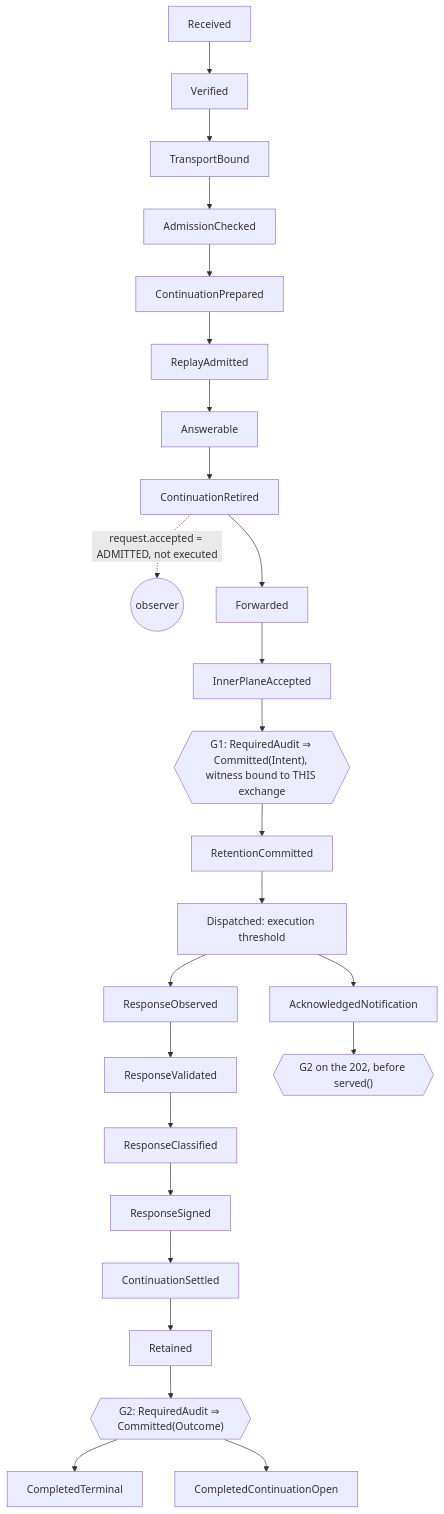
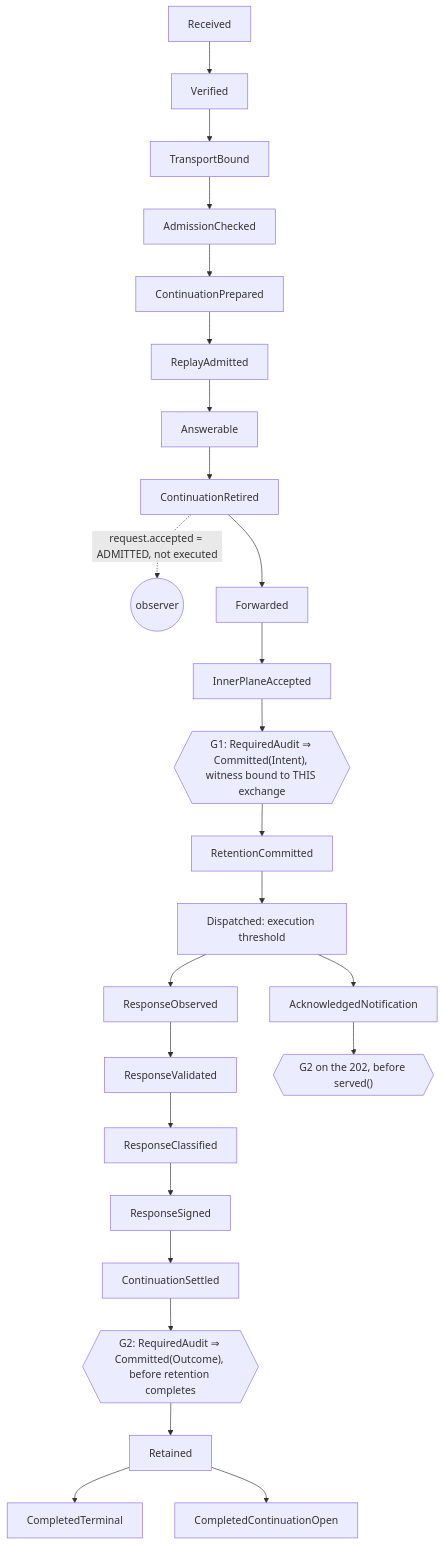
One commit to syncom-systems/mcp-re changed the first of 2 diagrams in docs/architecture/audit-commitment.md. Above: the diagram before and after it, drawn with Mermaid. The commit also changed other lines of this file and 1 other file, not shown here.

````diff
--- a/docs/architecture/audit-commitment.md
+++ b/docs/architecture/audit-commitment.md
@@ -122,16 +123,17 @@
 ```mermaid
 flowchart TD
     RCV[Received] --> VER[Verified] --> TB[TransportBound] --> AC[AdmissionChecked]
     AC --> CP[ContinuationPrepared] --> RA[ReplayAdmitted] --> ANS[Answerable] --> CR[ContinuationRetired]
     CR -. "request.accepted = ADMITTED, not executed" .-> OBS((observer))
     CR --> FW[Forwarded] --> IPA[InnerPlaneAccepted]
     IPA --> G1{{"G1: RequiredAudit ⇒ Committed(Intent), witness bound to THIS exchange"}}
     G1 --> RC[RetentionCommitted] --> D[Dispatched: execution threshold]
     D --> RO[ResponseObserved] --> RV[ResponseValidated] --> RCL[ResponseClassified]
-    RCL --> RS[ResponseSigned] --> CS[ContinuationSettled] --> RT[Retained]
-    RT --> G2{{"G2: RequiredAudit ⇒ Committed(Outcome)"}}
-    G2 --> CT[CompletedTerminal]
-    G2 --> CO[CompletedContinuationOpen]
+    RCL --> RS[ResponseSigned] --> CS[ContinuationSettled]
+    CS --> G2{{"G2: RequiredAudit ⇒ Committed(Outcome), before retention completes"}}
+    G2 --> RT[Retained]
+    RT --> CT[CompletedTerminal]
+    RT --> CO[CompletedContinuationOpen]
     D --> AN[AcknowledgedNotification]
     AN --> G2N{{"G2 on the 202, before served()"}}
 ```
````
